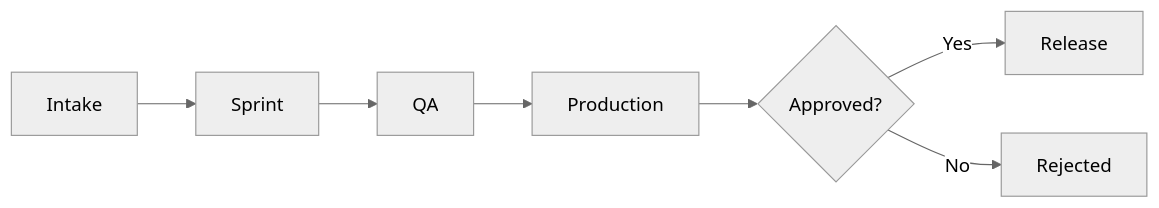
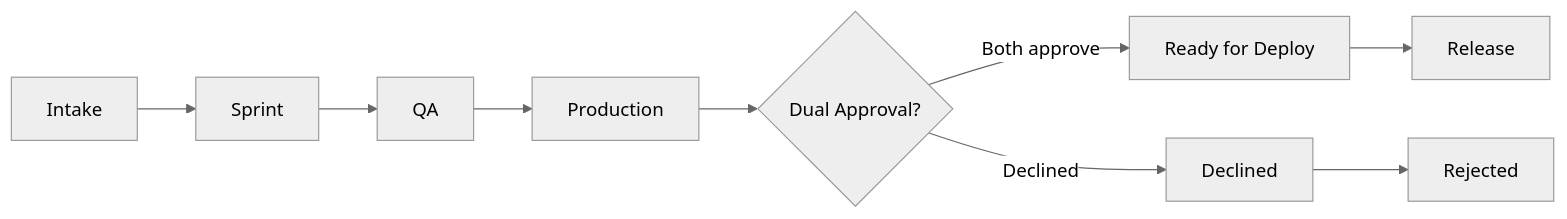
Before and after one commit to jkaweesi22/github-delivery-operating-system: the diagram in docs/release-lifecycle.md, drawn with Mermaid (neutral theme). The commit also changed other lines of this file and 30 other files, not shown here.

````diff
--- a/docs/release-lifecycle.md
+++ b/docs/release-lifecycle.md
@@ -9,9 +9,11 @@
 ```mermaid
 flowchart LR
     A[Intake] --> B[Sprint]
     B --> C[QA]
     C --> D[Production]
-    D --> E{Approved?}
-    E -->|Yes| F[Release]
-    E -->|No| G[Rejected]
+    D --> E{Dual Approval?}
+    E -->|Both approve| F[Ready for Deploy]
+    E -->|Declined| G[Declined]
+    F --> H[Release]
+    G --> I[Rejected]
 ```
````
